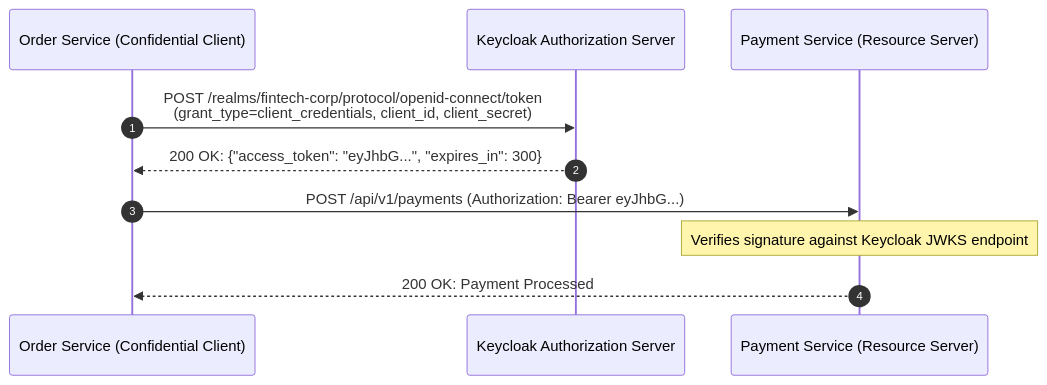
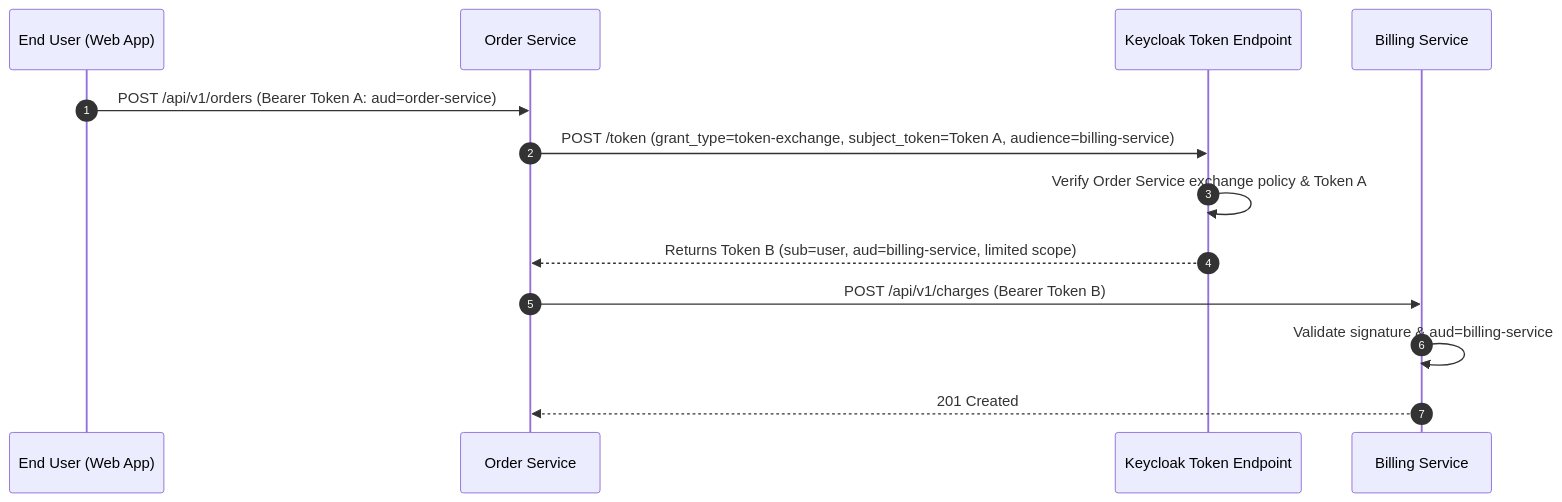
The second of 3 diagrams in content/roadmap/level-9/centralized-identity-with-keycloak.md (ravishankar2463/java_hub), drawn with Mermaid before and after one commit. The commit also changed other lines of this file and 119 other files, not shown here.

Commit message:
feat: add comprehensive java learning roadmap content across multiple levels

````diff
--- a/content/roadmap/level-9/centralized-identity-with-keycloak.md
+++ b/content/roadmap/level-9/centralized-identity-with-keycloak.md
@@ -329,14 +248,16 @@
 ```mermaid
 sequenceDiagram
     autonumber
-    participant OrderSvc as Order Service (Confidential Client)
-    participant Keycloak as Keycloak Authorization Server
-    participant PaymentSvc as Payment Service (Resource Server)
+    participant User as End User (Web App)
+    participant OrderSvc as Order Service
+    participant KC as Keycloak Token Endpoint
+    participant BillingSvc as Billing Service
 
-    OrderSvc->>Keycloak: POST /realms/fintech-corp/protocol/openid-connect/token<br/>(grant_type=client_credentials, client_id, client_secret)
-    Keycloak-->>OrderSvc: 200 OK: {"access_token": "eyJhbG...", "expires_in": 300}
-    
-    OrderSvc->>PaymentSvc: POST /api/v1/payments (Authorization: Bearer eyJhbG...)
-    Note over PaymentSvc: Verifies signature against Keycloak JWKS endpoint
-    PaymentSvc-->>OrderSvc: 200 OK: Payment Processed
+    User->>OrderSvc: POST /api/v1/orders (Bearer Token A: aud=order-service)
+    OrderSvc->>KC: POST /token (grant_type=token-exchange, subject_token=Token A, audience=billing-service)
+    KC->>KC: Verify Order Service exchange policy & Token A
+    KC-->>OrderSvc: Returns Token B (sub=user, aud=billing-service, limited scope)
+    OrderSvc->>BillingSvc: POST /api/v1/charges (Bearer Token B)
+    BillingSvc->>BillingSvc: Validate signature & aud=billing-service
+    BillingSvc-->>OrderSvc: 201 Created
 ```
````
